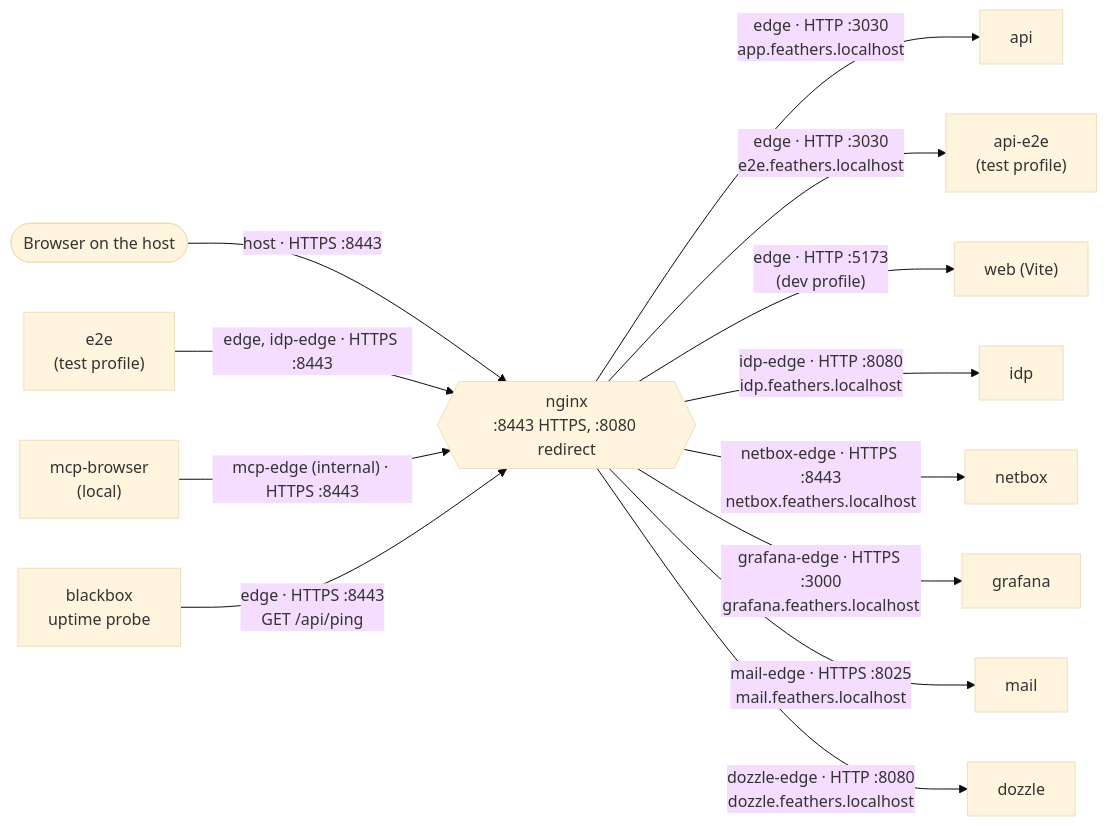
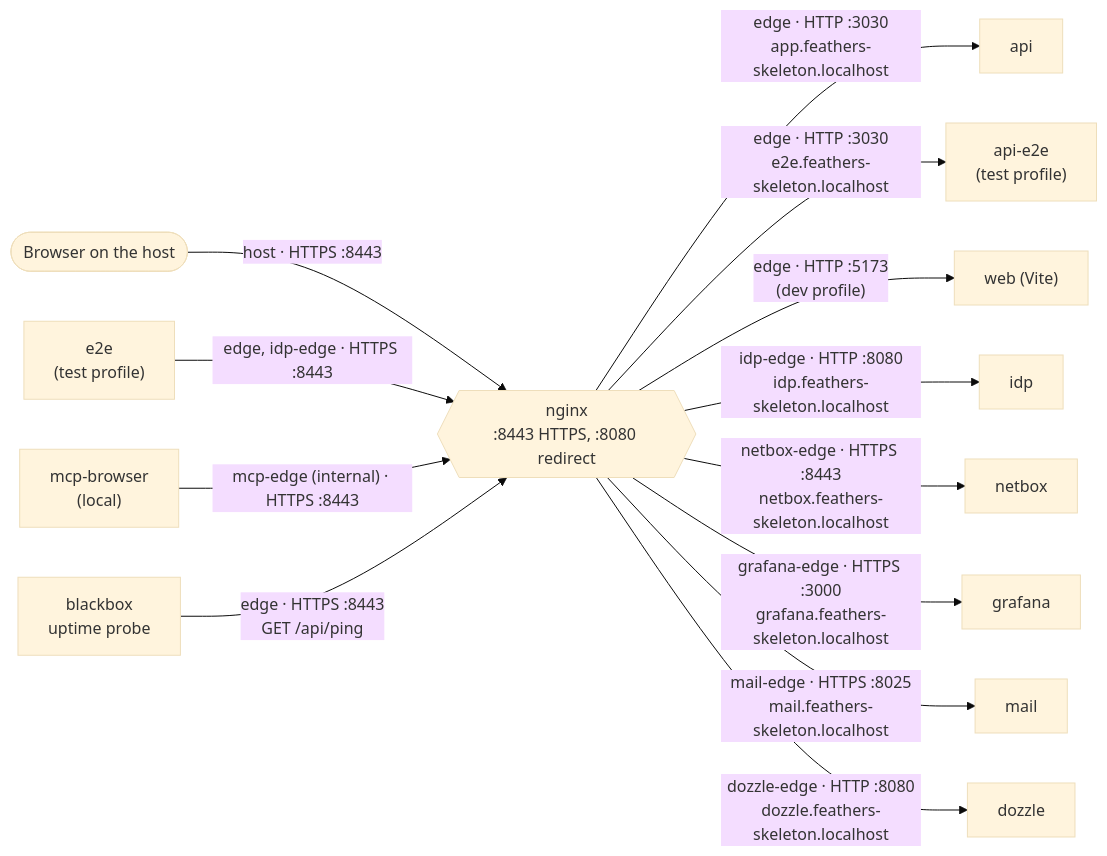
The second of 2 diagrams in docs/adr_v2/diagrams/topology.md (rabalyn/feathers-skeleton-stack), drawn with Mermaid (base theme) before and after one commit. The commit also changed 23 other files, not shown here.

First line of the commit message:
feat(stack): name the skeleton's project feathers-skeleton (ADR 0035)

````diff
--- a/docs/adr_v2/diagrams/topology.md
+++ b/docs/adr_v2/diagrams/topology.md
@@ -101,23 +101,23 @@
 ```mermaid
 flowchart LR
   browser(["Browser on the host"])
   e2e["e2e<br>(test profile)"]
   mcp["mcp-browser<br>(local)"]
   blackbox["blackbox<br>uptime probe"]
 
   nginx{{"nginx<br>:8443 HTTPS, :8080 redirect"}}
 
   browser -->|"host · HTTPS :8443"| nginx
   e2e -->|"edge, idp-edge · HTTPS :8443"| nginx
   mcp -->|"mcp-edge (internal) · HTTPS :8443"| nginx
   blackbox -->|"edge · HTTPS :8443<br>GET /api/ping"| nginx
 
-  nginx -->|"edge · HTTP :3030<br>app.feathers.localhost"| api["api"]
-  nginx -->|"edge · HTTP :3030<br>e2e.feathers.localhost"| apiE2e["api-e2e<br>(test profile)"]
+  nginx -->|"edge · HTTP :3030<br>app.feathers-skeleton.localhost"| api["api"]
+  nginx -->|"edge · HTTP :3030<br>e2e.feathers-skeleton.localhost"| apiE2e["api-e2e<br>(test profile)"]
   nginx -->|"edge · HTTP :5173<br>(dev profile)"| web["web (Vite)"]
-  nginx -->|"idp-edge · HTTP :8080<br>idp.feathers.localhost"| idp["idp"]
-  nginx -->|"netbox-edge · HTTPS :8443<br>netbox.feathers.localhost"| netbox["netbox"]
-  nginx -->|"grafana-edge · HTTPS :3000<br>grafana.feathers.localhost"| grafana["grafana"]
-  nginx -->|"mail-edge · HTTPS :8025<br>mail.feathers.localhost"| mail["mail"]
-  nginx -->|"dozzle-edge · HTTP :8080<br>dozzle.feathers.localhost"| dozzle["dozzle"]
+  nginx -->|"idp-edge · HTTP :8080<br>idp.feathers-skeleton.localhost"| idp["idp"]
+  nginx -->|"netbox-edge · HTTPS :8443<br>netbox.feathers-skeleton.localhost"| netbox["netbox"]
+  nginx -->|"grafana-edge · HTTPS :3000<br>grafana.feathers-skeleton.localhost"| grafana["grafana"]
+  nginx -->|"mail-edge · HTTPS :8025<br>mail.feathers-skeleton.localhost"| mail["mail"]
+  nginx -->|"dozzle-edge · HTTP :8080<br>dozzle.feathers-skeleton.localhost"| dozzle["dozzle"]
 ```
````
